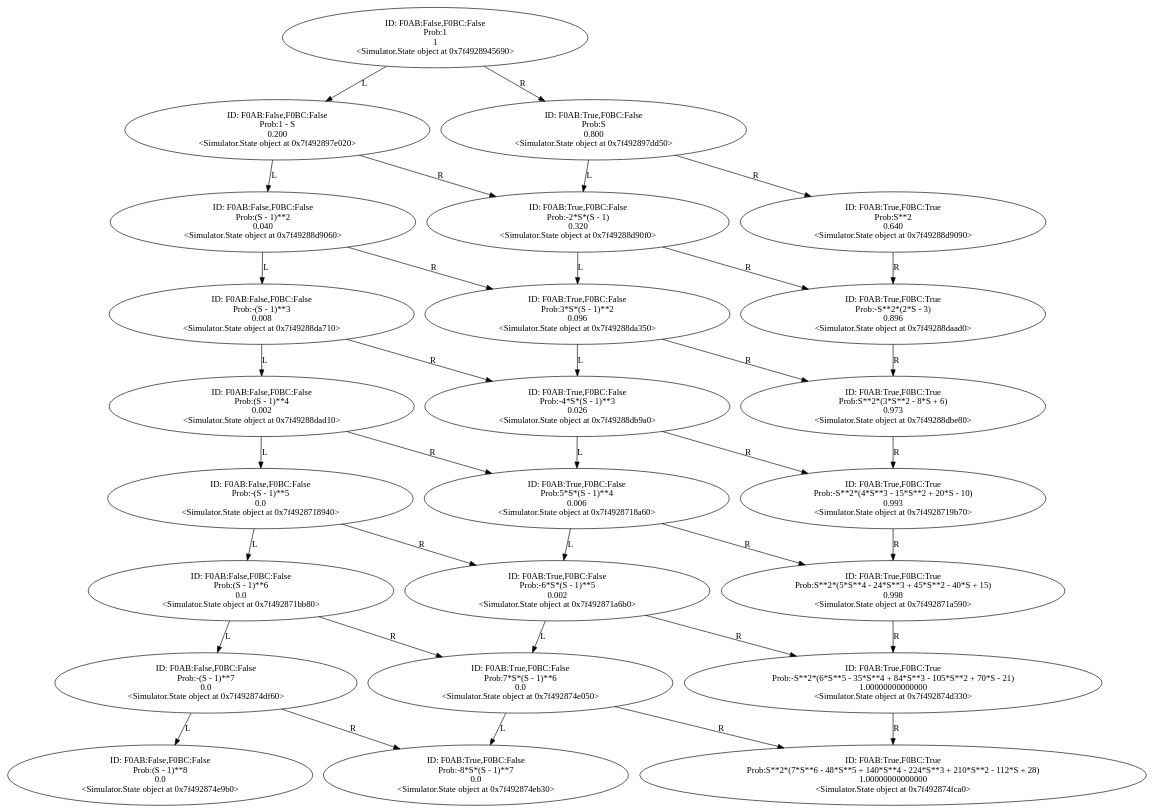
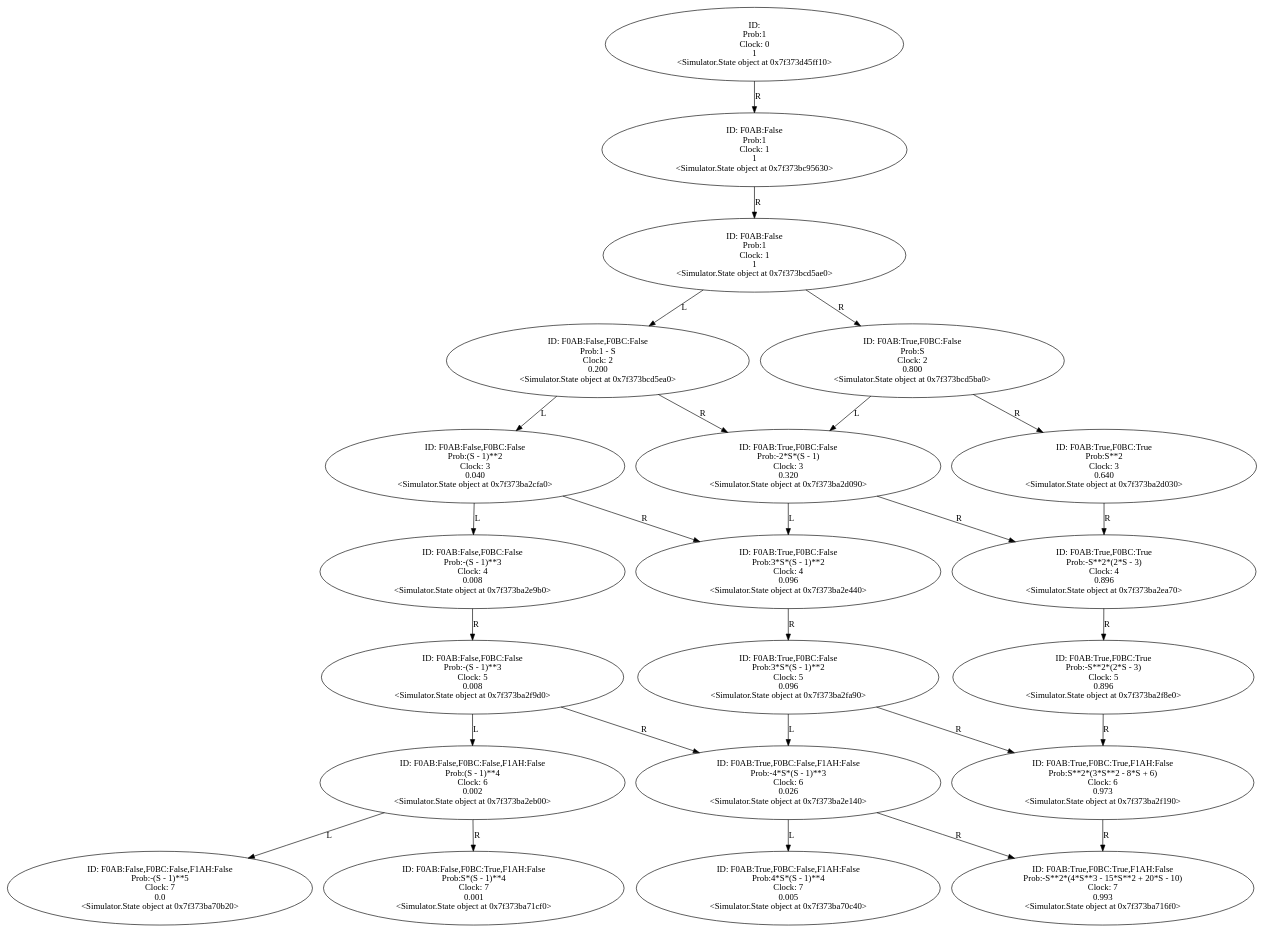
Before and after one commit to YasinBoloorchi/WARP-Simulator: the diagram in Output/Digraph.gv, drawn with Graphviz. The commit also changed 7 other files, not shown here.

```diff
--- a/Output/Digraph.gv
+++ b/Output/Digraph.gv
@@ -1,134 +1,133 @@
 digraph "./Output/Digraph" {
-	<Simulator.State object at 0x7f4928945690> [label="ID: F0AB:False,F0BC:False
+	<Simulator.State object at 0x7f373d45ff10> [label="ID: 
 Prob:1
+Clock: 0
 1
-<Simulator.State object at 0x7f4928945690>"]
-	<Simulator.State object at 0x7f4928945690> -> <Simulator.State object at 0x7f492897e020> [label=L]
-	<Simulator.State object at 0x7f4928945690> -> <Simulator.State object at 0x7f492897dd50> [label=R]
-	<Simulator.State object at 0x7f492897e020> [label="ID: F0AB:False,F0BC:False
+<Simulator.State object at 0x7f373d45ff10>"]
+	<Simulator.State object at 0x7f373d45ff10> -> <Simulator.State object at 0x7f373bc95630> [label=R]
+	<Simulator.State object at 0x7f373bc95630> [label="ID: F0AB:False
+Prob:1
+Clock: 1
+1
+<Simulator.State object at 0x7f373bc95630>"]
+	<Simulator.State object at 0x7f373bc95630> -> <Simulator.State object at 0x7f373bcd5ae0> [label=R]
+	<Simulator.State object at 0x7f373bcd5ae0> [label="ID: F0AB:False
+Prob:1
+Clock: 1
+1
+<Simulator.State object at 0x7f373bcd5ae0>"]
+	<Simulator.State object at 0x7f373bcd5ae0> -> <Simulator.State object at 0x7f373bcd5ea0> [label=L]
+	<Simulator.State object at 0x7f373bcd5ae0> -> <Simulator.State object at 0x7f373bcd5ba0> [label=R]
+	<Simulator.State object at 0x7f373bcd5ea0> [label="ID: F0AB:False,F0BC:False
 Prob:1 - S
+Clock: 2
 0.200
-<Simulator.State object at 0x7f492897e020>"]
-	<Simulator.State object at 0x7f492897e020> -> <Simulator.State object at 0x7f49288d9060> [label=L]
-	<Simulator.State object at 0x7f492897e020> -> <Simulator.State object at 0x7f49288d90f0> [label=R]
-	<Simulator.State object at 0x7f492897dd50> [label="ID: F0AB:True,F0BC:False
+<Simulator.State object at 0x7f373bcd5ea0>"]
+	<Simulator.State object at 0x7f373bcd5ea0> -> <Simulator.State object at 0x7f373ba2cfa0> [label=L]
+	<Simulator.State object at 0x7f373bcd5ea0> -> <Simulator.State object at 0x7f373ba2d090> [label=R]
+	<Simulator.State object at 0x7f373bcd5ba0> [label="ID: F0AB:True,F0BC:False
 Prob:S
+Clock: 2
 0.800
-<Simulator.State object at 0x7f492897dd50>"]
-	<Simulator.State object at 0x7f492897dd50> -> <Simulator.State object at 0x7f49288d90f0> [label=L]
-	<Simulator.State object at 0x7f492897dd50> -> <Simulator.State object at 0x7f49288d9090> [label=R]
-	<Simulator.State object at 0x7f49288d9060> [label="ID: F0AB:False,F0BC:False
+<Simulator.State object at 0x7f373bcd5ba0>"]
+	<Simulator.State object at 0x7f373bcd5ba0> -> <Simulator.State object at 0x7f373ba2d090> [label=L]
+	<Simulator.State object at 0x7f373bcd5ba0> -> <Simulator.State object at 0x7f373ba2d030> [label=R]
+	<Simulator.State object at 0x7f373ba2cfa0> [label="ID: F0AB:False,F0BC:False
 Prob:(S - 1)**2
+Clock: 3
 0.040
-<Simulator.State object at 0x7f49288d9060>"]
-	<Simulator.State object at 0x7f49288d9060> -> <Simulator.State object at 0x7f49288da710> [label=L]
-	<Simulator.State object at 0x7f49288d9060> -> <Simulator.State object at 0x7f49288da350> [label=R]
-	<Simulator.State object at 0x7f49288d90f0> [label="ID: F0AB:True,F0BC:False
+<Simulator.State object at 0x7f373ba2cfa0>"]
+	<Simulator.State object at 0x7f373ba2cfa0> -> <Simulator.State object at 0x7f373ba2e9b0> [label=L]
+	<Simulator.State object at 0x7f373ba2cfa0> -> <Simulator.State object at 0x7f373ba2e440> [label=R]
+	<Simulator.State object at 0x7f373ba2d090> [label="ID: F0AB:True,F0BC:False
 Prob:-2*S*(S - 1)
+Clock: 3
 0.320
-<Simulator.State object at 0x7f49288d90f0>"]
-	<Simulator.State object at 0x7f49288d90f0> -> <Simulator.State object at 0x7f49288da350> [label=L]
-	<Simulator.State object at 0x7f49288d90f0> -> <Simulator.State object at 0x7f49288daad0> [label=R]
-	<Simulator.State object at 0x7f49288d9090> [label="ID: F0AB:True,F0BC:True
+<Simulator.State object at 0x7f373ba2d090>"]
+	<Simulator.State object at 0x7f373ba2d090> -> <Simulator.State object at 0x7f373ba2e440> [label=L]
+	<Simulator.State object at 0x7f373ba2d090> -> <Simulator.State object at 0x7f373ba2ea70> [label=R]
+	<Simulator.State object at 0x7f373ba2d030> [label="ID: F0AB:True,F0BC:True
 Prob:S**2
+Clock: 3
 0.640
-<Simulator.State object at 0x7f49288d9090>"]
-	<Simulator.State object at 0x7f49288d9090> -> <Simulator.State object at 0x7f49288daad0> [label=R]
-	<Simulator.State object at 0x7f49288da710> [label="ID: F0AB:False,F0BC:False
+<Simulator.State object at 0x7f373ba2d030>"]
+	<Simulator.State object at 0x7f373ba2d030> -> <Simulator.State object at 0x7f373ba2ea70> [label=R]
+	<Simulator.State object at 0x7f373ba2e9b0> [label="ID: F0AB:False,F0BC:False
 Prob:-(S - 1)**3
+Clock: 4
 0.008
-<Simulator.State object at 0x7f49288da710>"]
-	<Simulator.State object at 0x7f49288da710> -> <Simulator.State object at 0x7f49288dad10> [label=L]
-	<Simulator.State object at 0x7f49288da710> -> <Simulator.State object at 0x7f49288db9a0> [label=R]
-	<Simulator.State object at 0x7f49288da350> [label="ID: F0AB:True,F0BC:False
+<Simulator.State object at 0x7f373ba2e9b0>"]
+	<Simulator.State object at 0x7f373ba2e9b0> -> <Simulator.State object at 0x7f373ba2f9d0> [label=R]
+	<Simulator.State object at 0x7f373ba2e440> [label="ID: F0AB:True,F0BC:False
 Prob:3*S*(S - 1)**2
+Clock: 4
 0.096
-<Simulator.State object at 0x7f49288da350>"]
-	<Simulator.State object at 0x7f49288da350> -> <Simulator.State object at 0x7f49288db9a0> [label=L]
-	<Simulator.State object at 0x7f49288da350> -> <Simulator.State object at 0x7f49288dbe80> [label=R]
-	<Simulator.State object at 0x7f49288daad0> [label="ID: F0AB:True,F0BC:True
+<Simulator.State object at 0x7f373ba2e440>"]
+	<Simulator.State object at 0x7f373ba2e440> -> <Simulator.State object at 0x7f373ba2fa90> [label=R]
+	<Simulator.State object at 0x7f373ba2ea70> [label="ID: F0AB:True,F0BC:True
 Prob:-S**2*(2*S - 3)
+Clock: 4
 0.896
-<Simulator.State object at 0x7f49288daad0>"]
-	<Simulator.State object at 0x7f49288daad0> -> <Simulator.State object at 0x7f49288dbe80> [label=R]
-	<Simulator.State object at 0x7f49288dad10> [label="ID: F0AB:False,F0BC:False
+<Simulator.State object at 0x7f373ba2ea70>"]
+	<Simulator.State object at 0x7f373ba2ea70> -> <Simulator.State object at 0x7f373ba2f8e0> [label=R]
+	<Simulator.State object at 0x7f373ba2f9d0> [label="ID: F0AB:False,F0BC:False
+Prob:-(S - 1)**3
+Clock: 5
+0.008
+<Simulator.State object at 0x7f373ba2f9d0>"]
+	<Simulator.State object at 0x7f373ba2f9d0> -> <Simulator.State object at 0x7f373ba2eb00> [label=L]
+	<Simulator.State object at 0x7f373ba2f9d0> -> <Simulator.State object at 0x7f373ba2e140> [label=R]
+	<Simulator.State object at 0x7f373ba2fa90> [label="ID: F0AB:True,F0BC:False
+Prob:3*S*(S - 1)**2
+Clock: 5
+0.096
+<Simulator.State object at 0x7f373ba2fa90>"]
+	<Simulator.State object at 0x7f373ba2fa90> -> <Simulator.State object at 0x7f373ba2e140> [label=L]
+	<Simulator.State object at 0x7f373ba2fa90> -> <Simulator.State object at 0x7f373ba2f190> [label=R]
+	<Simulator.State object at 0x7f373ba2f8e0> [label="ID: F0AB:True,F0BC:True
+Prob:-S**2*(2*S - 3)
+Clock: 5
+0.896
+<Simulator.State object at 0x7f373ba2f8e0>"]
+	<Simulator.State object at 0x7f373ba2f8e0> -> <Simulator.State object at 0x7f373ba2f190> [label=R]
+	<Simulator.State object at 0x7f373ba2eb00> [label="ID: F0AB:False,F0BC:False,F1AH:False
 Prob:(S - 1)**4
+Clock: 6
 0.002
-<Simulator.State object at 0x7f49288dad10>"]
-	<Simulator.State object at 0x7f49288dad10> -> <Simulator.State object at 0x7f4928718940> [label=L]
-	<Simulator.State object at 0x7f49288dad10> -> <Simulator.State object at 0x7f4928718a60> [label=R]
-	<Simulator.State object at 0x7f49288db9a0> [label="ID: F0AB:True,F0BC:False
+<Simulator.State object at 0x7f373ba2eb00>"]
+	<Simulator.State object at 0x7f373ba2eb00> -> <Simulator.State object at 0x7f373ba70b20> [label=L]
+	<Simulator.State object at 0x7f373ba2eb00> -> <Simulator.State object at 0x7f373ba71cf0> [label=R]
+	<Simulator.State object at 0x7f373ba2e140> [label="ID: F0AB:True,F0BC:False,F1AH:False
 Prob:-4*S*(S - 1)**3
+Clock: 6
 0.026
-<Simulator.State object at 0x7f49288db9a0>"]
-	<Simulator.State object at 0x7f49288db9a0> -> <Simulator.State object at 0x7f4928718a60> [label=L]
-	<Simulator.State object at 0x7f49288db9a0> -> <Simulator.State object at 0x7f4928719b70> [label=R]
-	<Simulator.State object at 0x7f49288dbe80> [label="ID: F0AB:True,F0BC:True
+<Simulator.State object at 0x7f373ba2e140>"]
+	<Simulator.State object at 0x7f373ba2e140> -> <Simulator.State object at 0x7f373ba70c40> [label=L]
+	<Simulator.State object at 0x7f373ba2e140> -> <Simulator.State object at 0x7f373ba716f0> [label=R]
+	<Simulator.State object at 0x7f373ba2f190> [label="ID: F0AB:True,F0BC:True,F1AH:False
 Prob:S**2*(3*S**2 - 8*S + 6)
+Clock: 6
 0.973
-<Simulator.State object at 0x7f49288dbe80>"]
-	<Simulator.State object at 0x7f49288dbe80> -> <Simulator.State object at 0x7f4928719b70> [label=R]
-	<Simulator.State object at 0x7f4928718940> [label="ID: F0AB:False,F0BC:False
+<Simulator.State object at 0x7f373ba2f190>"]
+	<Simulator.State object at 0x7f373ba2f190> -> <Simulator.State object at 0x7f373ba716f0> [label=R]
+	<Simulator.State object at 0x7f373ba70b20> [label="ID: F0AB:False,F0BC:False,F1AH:False
 Prob:-(S - 1)**5
+Clock: 7
 0.0
-<Simulator.State object at 0x7f4928718940>"]
-	<Simulator.State object at 0x7f4928718940> -> <Simulator.State object at 0x7f492871bb80> [label=L]
-	<Simulator.State object at 0x7f4928718940> -> <Simulator.State object at 0x7f492871a6b0> [label=R]
-	<Simulator.State object at 0x7f4928718a60> [label="ID: F0AB:True,F0BC:False
-Prob:5*S*(S - 1)**4
-0.006
-<Simulator.State object at 0x7f4928718a60>"]
-	<Simulator.State object at 0x7f4928718a60> -> <Simulator.State object at 0x7f492871a6b0> [label=L]
-	<Simulator.State object at 0x7f4928718a60> -> <Simulator.State object at 0x7f492871a590> [label=R]
-	<Simulator.State object at 0x7f4928719b70> [label="ID: F0AB:True,F0BC:True
+<Simulator.State object at 0x7f373ba70b20>"]
+	<Simulator.State object at 0x7f373ba71cf0> [label="ID: F0AB:False,F0BC:True,F1AH:False
+Prob:S*(S - 1)**4
+Clock: 7
+0.001
+<Simulator.State object at 0x7f373ba71cf0>"]
+	<Simulator.State object at 0x7f373ba70c40> [label="ID: F0AB:True,F0BC:False,F1AH:False
+Prob:4*S*(S - 1)**4
+Clock: 7
+0.005
+<Simulator.State object at 0x7f373ba70c40>"]
+	<Simulator.State object at 0x7f373ba716f0> [label="ID: F0AB:True,F0BC:True,F1AH:False
 Prob:-S**2*(4*S**3 - 15*S**2 + 20*S - 10)
+Clock: 7
 0.993
-<Simulator.State object at 0x7f4928719b70>"]
-	<Simulator.State object at 0x7f4928719b70> -> <Simulator.State object at 0x7f492871a590> [label=R]
-	<Simulator.State object at 0x7f492871bb80> [label="ID: F0AB:False,F0BC:False
-Prob:(S - 1)**6
-0.0
-<Simulator.State object at 0x7f492871bb80>"]
-	<Simulator.State object at 0x7f492871bb80> -> <Simulator.State object at 0x7f492874df60> [label=L]
-	<Simulator.State object at 0x7f492871bb80> -> <Simulator.State object at 0x7f492874e050> [label=R]
-	<Simulator.State object at 0x7f492871a6b0> [label="ID: F0AB:True,F0BC:False
-Prob:-6*S*(S - 1)**5
-0.002
-<Simulator.State object at 0x7f492871a6b0>"]
-	<Simulator.State object at 0x7f492871a6b0> -> <Simulator.State object at 0x7f492874e050> [label=L]
-	<Simulator.State object at 0x7f492871a6b0> -> <Simulator.State object at 0x7f492874d330> [label=R]
-	<Simulator.State object at 0x7f492871a590> [label="ID: F0AB:True,F0BC:True
-Prob:S**2*(5*S**4 - 24*S**3 + 45*S**2 - 40*S + 15)
-0.998
-<Simulator.State object at 0x7f492871a590>"]
-	<Simulator.State object at 0x7f492871a590> -> <Simulator.State object at 0x7f492874d330> [label=R]
-	<Simulator.State object at 0x7f492874df60> [label="ID: F0AB:False,F0BC:False
-Prob:-(S - 1)**7
-0.0
-<Simulator.State object at 0x7f492874df60>"]
-	<Simulator.State object at 0x7f492874df60> -> <Simulator.State object at 0x7f492874e9b0> [label=L]
-	<Simulator.State object at 0x7f492874df60> -> <Simulator.State object at 0x7f492874eb30> [label=R]
-	<Simulator.State object at 0x7f492874e050> [label="ID: F0AB:True,F0BC:False
-Prob:7*S*(S - 1)**6
-0.0
-<Simulator.State object at 0x7f492874e050>"]
-	<Simulator.State object at 0x7f492874e050> -> <Simulator.State object at 0x7f492874eb30> [label=L]
-	<Simulator.State object at 0x7f492874e050> -> <Simulator.State object at 0x7f492874fca0> [label=R]
-	<Simulator.State object at 0x7f492874d330> [label="ID: F0AB:True,F0BC:True
-Prob:-S**2*(6*S**5 - 35*S**4 + 84*S**3 - 105*S**2 + 70*S - 21)
-1.00000000000000
-<Simulator.State object at 0x7f492874d330>"]
-	<Simulator.State object at 0x7f492874d330> -> <Simulator.State object at 0x7f492874fca0> [label=R]
-	<Simulator.State object at 0x7f492874e9b0> [label="ID: F0AB:False,F0BC:False
-Prob:(S - 1)**8
-0.0
-<Simulator.State object at 0x7f492874e9b0>"]
-	<Simulator.State object at 0x7f492874eb30> [label="ID: F0AB:True,F0BC:False
-Prob:-8*S*(S - 1)**7
-0.0
-<Simulator.State object at 0x7f492874eb30>"]
-	<Simulator.State object at 0x7f492874fca0> [label="ID: F0AB:True,F0BC:True
-Prob:S**2*(7*S**6 - 48*S**5 + 140*S**4 - 224*S**3 + 210*S**2 - 112*S + 28)
-1.00000000000000
-<Simulator.State object at 0x7f492874fca0>"]
+<Simulator.State object at 0x7f373ba716f0>"]
 }
```
